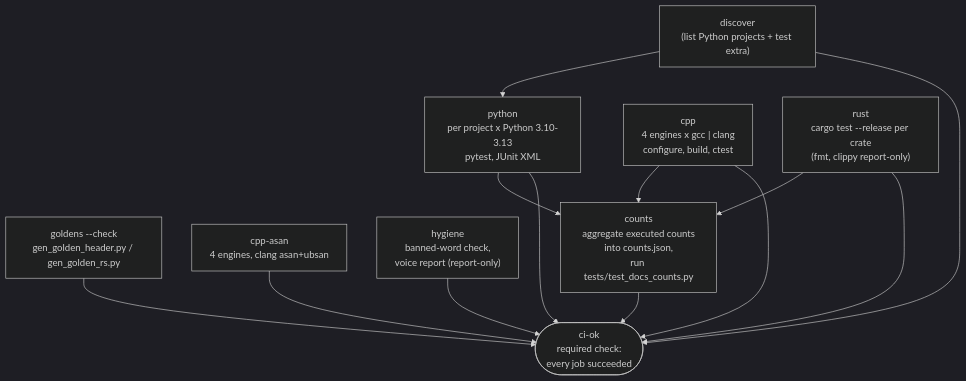
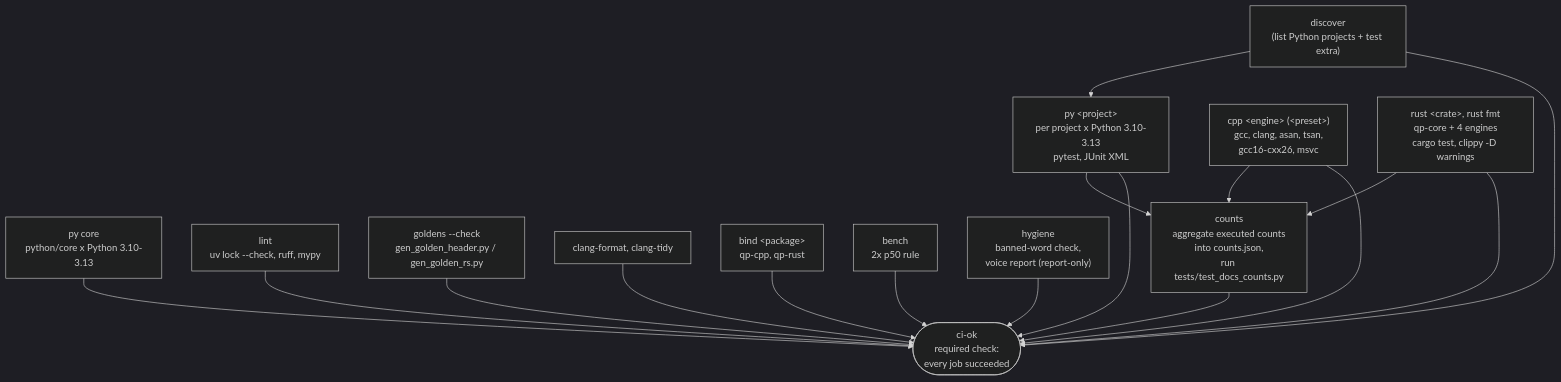
The sixth of 6 diagrams in docs/DIAGRAMS.md (AshJha0/quant-portfolio), drawn with Mermaid (dark theme) before and after one commit. The commit also changed other lines of this file and 13 other files, not shown here.

Commit message:
docs: Round 2 docs pass (README, CONVENTIONS, CHANGELOG, ARCHITECTURE, DIAGRAMS, COOKBOOK, LEARN, package docs)

````diff
--- a/docs/DIAGRAMS.md
+++ b/docs/DIAGRAMS.md
@@ -194,18 +194,22 @@
 ```mermaid
 flowchart TD
     DISC["discover<br/>(list Python projects + test extra)"]
-    PY["python<br/>per project x Python 3.10-3.13<br/>pytest, JUnit XML"]
+    PYC["py core<br/>python/core x Python 3.10-3.13"]
+    PY["py &lt;project&gt;<br/>per project x Python 3.10-3.13<br/>pytest, JUnit XML"]
+    LINT["lint<br/>uv lock --check, ruff, mypy"]
     GOLD["goldens --check<br/>gen_golden_header.py / gen_golden_rs.py"]
-    CPP["cpp<br/>4 engines x gcc | clang<br/>configure, build, ctest"]
-    ASAN["cpp-asan<br/>4 engines, clang asan+ubsan"]
-    RUST["rust<br/>cargo test --release per crate<br/>(fmt, clippy report-only)"]
+    CPP["cpp &lt;engine&gt; (&lt;preset&gt;)<br/>gcc, clang, asan, tsan,<br/>gcc16-cxx26, msvc"]
+    FMT["clang-format, clang-tidy"]
+    RUST["rust &lt;crate&gt;, rust fmt<br/>qp-core + 4 engines<br/>cargo test, clippy -D warnings"]
+    BIND["bind &lt;package&gt;<br/>qp-cpp, qp-rust"]
+    BENCH["bench<br/>2x p50 rule"]
     HYG["hygiene<br/>banned-word check,<br/>voice report (report-only)"]
     CNT["counts<br/>aggregate executed counts<br/>into counts.json,<br/>run tests/test_docs_counts.py"]
     OK(["ci-ok<br/>required check:<br/>every job succeeded"])
 
     DISC --> PY
     PY --> CNT
     CPP --> CNT
     RUST --> CNT
-    DISC & PY & GOLD & CPP & ASAN & RUST & HYG & CNT --> OK
+    DISC & PYC & PY & LINT & GOLD & CPP & FMT & RUST & BIND & BENCH & HYG & CNT --> OK
 ```
````
